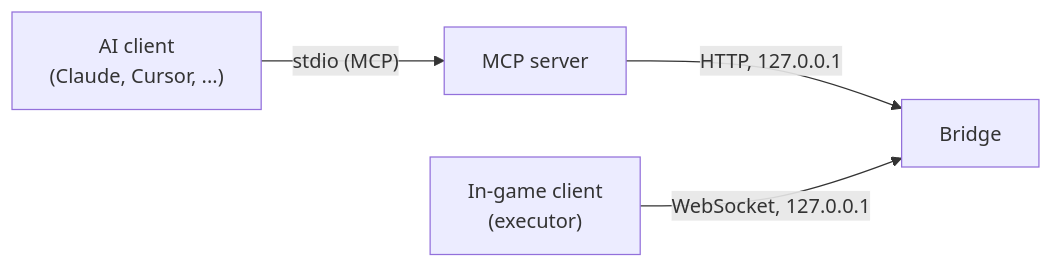
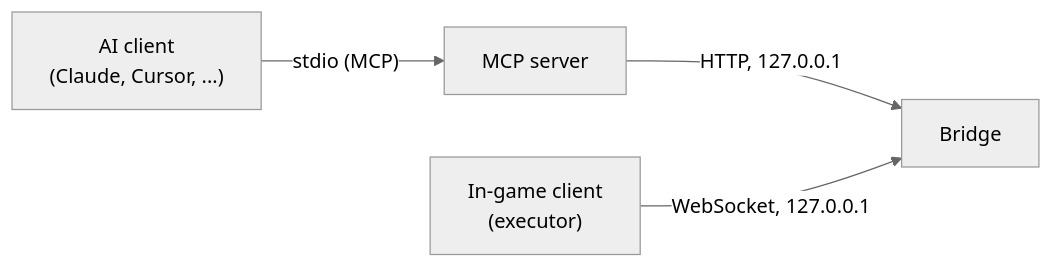
One commit to fiangg20/fiangg20 changed the diagram in README.md. Above: the diagram before and after it, drawn with Mermaid. The commit also changed other lines of this file, not shown here.

````diff
--- a/README.md
+++ b/README.md
@@ -76,6 +76,7 @@
 ```mermaid
+%%{init: {'theme': 'neutral'}}%%
 flowchart LR
     AI["AI client<br/>(Claude, Cursor, ...)"] -- "stdio (MCP)" --> MCP["MCP server"]
     MCP -- "HTTP, 127.0.0.1" --> Bridge["Bridge"]
     Client["In-game client<br/>(executor)"] -- "WebSocket, 127.0.0.1" --> Bridge
 ```
````
